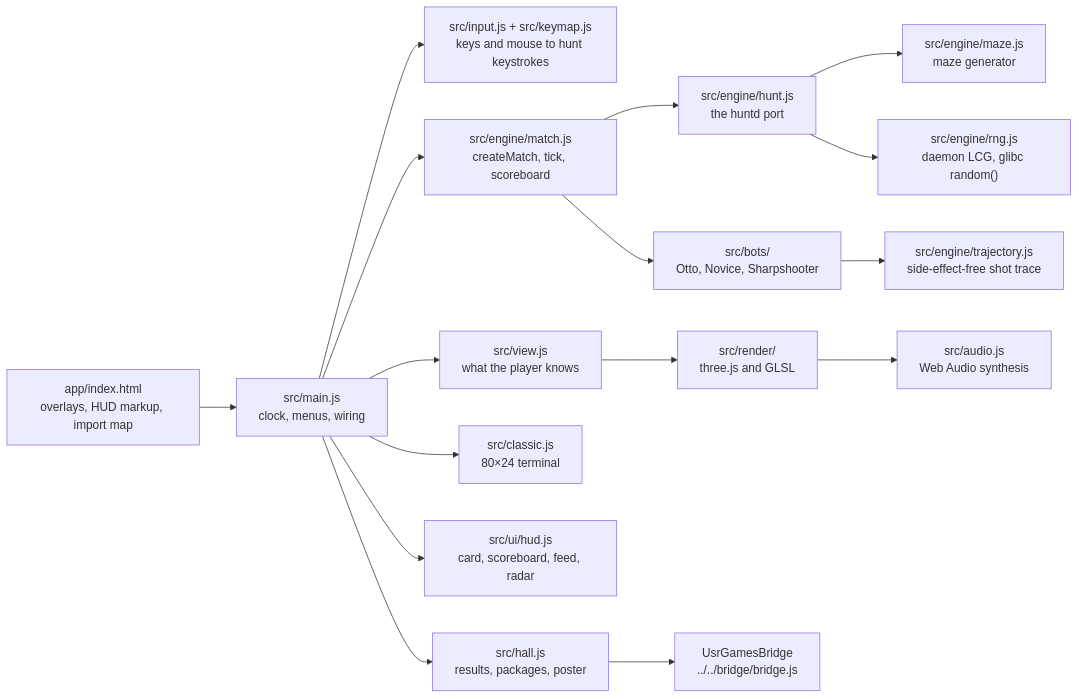
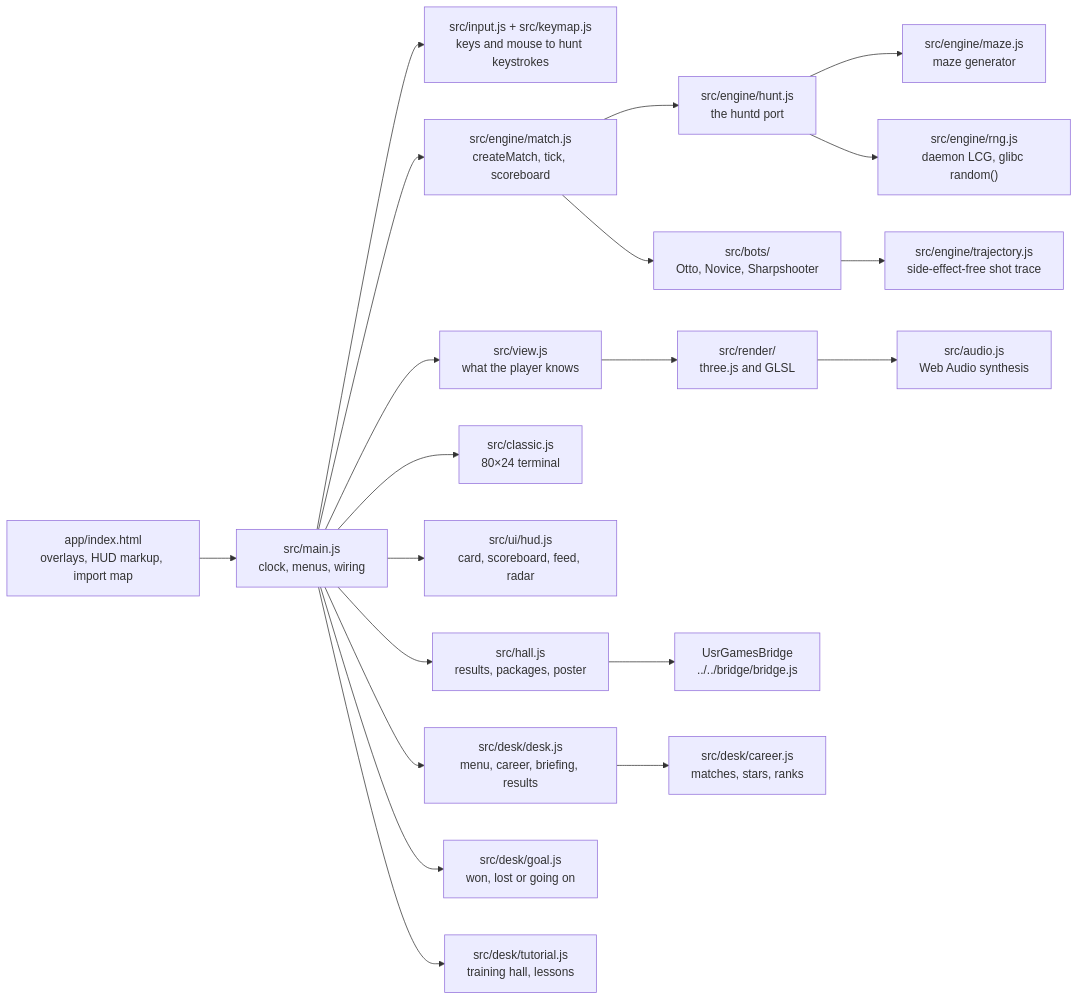
The first of 3 diagrams in games/hunt/docs/ARCHITECTURE.md (agunawijaya/usr-games-reborn), drawn with Mermaid before and after one commit. The commit also changed other lines of this file and 31 other files, not shown here.

First line of the commit message:
Hunt — Ricochet: a game menu, a ten-match career, a tutorial, and help for the dark maze

````diff
--- a/games/hunt/docs/ARCHITECTURE.md
+++ b/games/hunt/docs/ARCHITECTURE.md
@@ -15,18 +20,22 @@
 ```mermaid
 flowchart LR
   page["app/index.html<br/>overlays, HUD markup, import map"] --> main["src/main.js<br/>clock, menus, wiring"]
   main --> input["src/input.js + src/keymap.js<br/>keys and mouse to hunt keystrokes"]
   main --> match["src/engine/match.js<br/>createMatch, tick, scoreboard"]
   match --> hunt["src/engine/hunt.js<br/>the huntd port"]
   hunt --> maze["src/engine/maze.js<br/>maze generator"]
   hunt --> rng["src/engine/rng.js<br/>daemon LCG, glibc random()"]
   match --> bots["src/bots/<br/>Otto, Novice, Sharpshooter"]
   bots --> traj["src/engine/trajectory.js<br/>side-effect-free shot trace"]
   main --> view["src/view.js<br/>what the player knows"]
   view --> render["src/render/<br/>three.js and GLSL"]
   main --> classic["src/classic.js<br/>80×24 terminal"]
   main --> hud["src/ui/hud.js<br/>card, scoreboard, feed, radar"]
   render --> audio["src/audio.js<br/>Web Audio synthesis"]
   main --> hall["src/hall.js<br/>results, packages, poster"]
   hall --> bridge["UsrGamesBridge<br/>../../bridge/bridge.js"]
+  main --> desk["src/desk/desk.js<br/>menu, career, briefing, results"]
+  desk --> career["src/desk/career.js<br/>matches, stars, ranks"]
+  main --> goal["src/desk/goal.js<br/>won, lost or going on"]
+  main --> tutorial["src/desk/tutorial.js<br/>training hall, lessons"]
 ```
````
